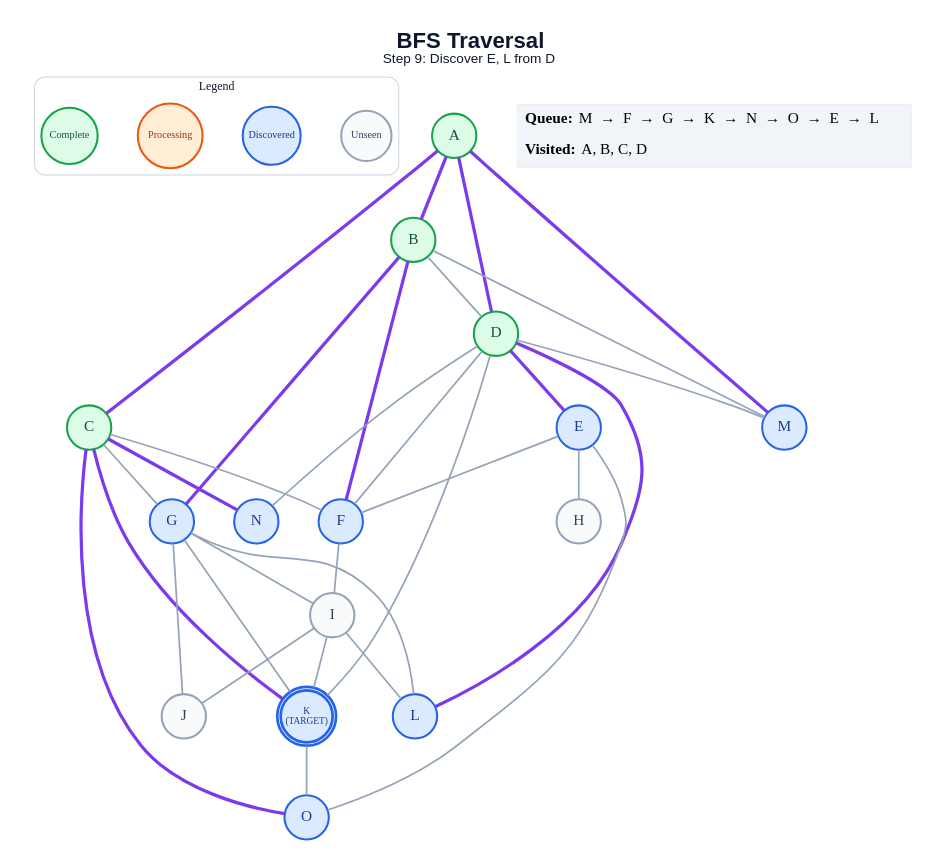
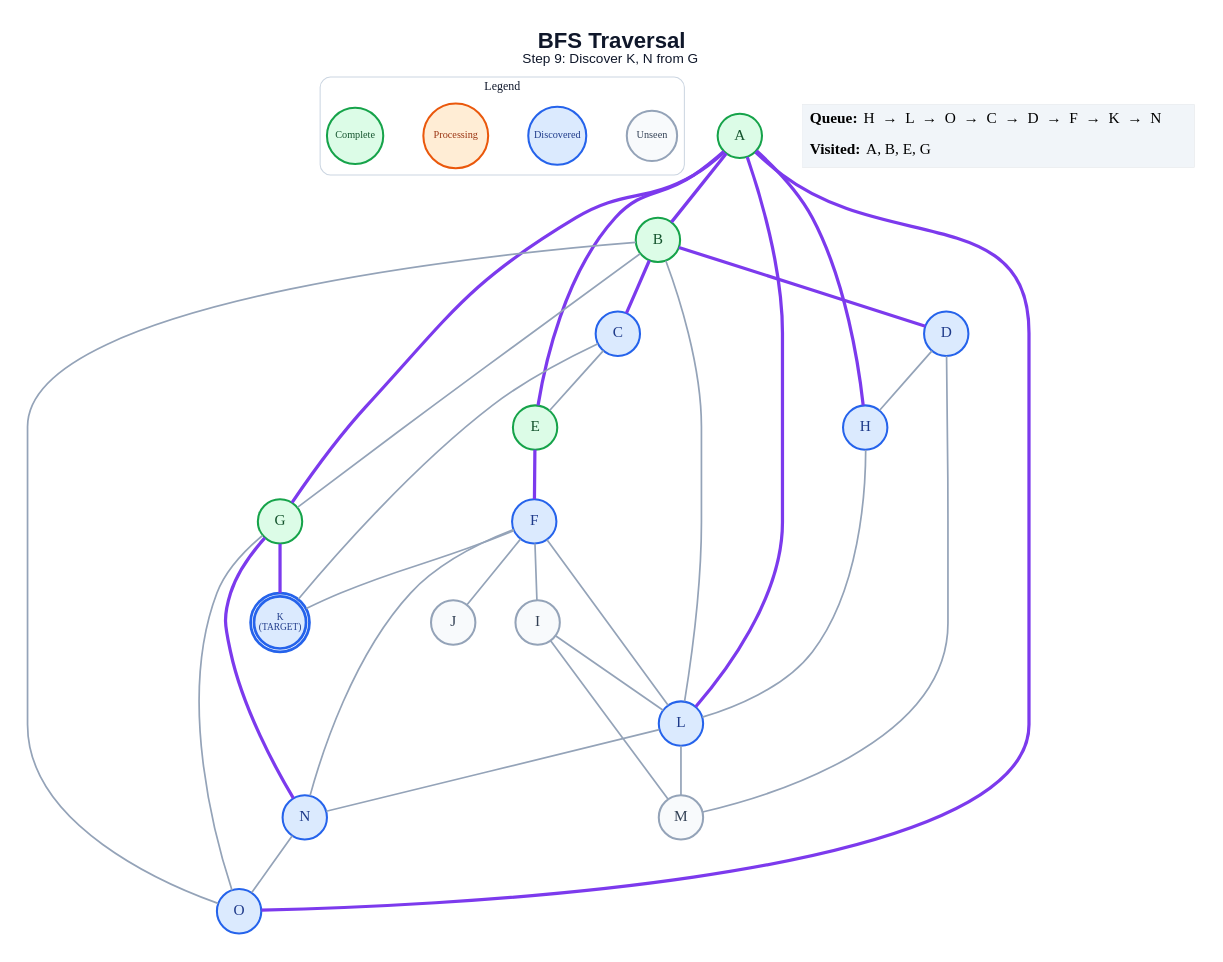
Before and after one commit to anon7238593-create/ai-slop: the diagram in generated/specific-node/bfs/step_09.dot, drawn with Graphviz. The commit also changed 224 other files, not shown here.

```diff
--- a/generated/specific-node/bfs/step_09.dot
+++ b/generated/specific-node/bfs/step_09.dot
@@ -1,65 +1,64 @@
 graph traversal {
   graph [layout=dot, rankdir=TB, bgcolor="#FFFFFF", pad="0.35", nodesep="0.65", ranksep="0.8", fontname="Arial"];
   node [shape=circle, style="filled", fontname="Arial Bold", fontsize=18, width=0.72, fixedsize=true, penwidth=2.4];
   edge [color="#94A3B8", penwidth=2.0];
-  label=<<B>BFS Traversal</B><BR/><FONT POINT-SIZE="16">Step 9: Discover E, L from D</FONT>>; labelloc="t"; fontsize=26; fontname="Arial"; fontcolor="#0F172A";
+  label=<<B>BFS Traversal</B><BR/><FONT POINT-SIZE="16">Step 9: Discover K, N from G</FONT>>; labelloc="t"; fontsize=26; fontname="Arial"; fontcolor="#0F172A";
   subgraph cluster_legend { label="Legend"; color="#CBD5E1"; penwidth=1.2; style="rounded"; fontsize=14; fontname="Arial Bold";
     key_unseen [label="Unseen", fillcolor="#F8FAFC", color="#94A3B8", fontcolor="#334155", fontsize=12, width=0.82];
     key_frontier [label="Discovered", fillcolor="#DBEAFE", color="#2563EB", fontcolor="#1E3A8A", fontsize=12, width=0.95];
     key_current [label="Processing", fillcolor="#FFEDD5", color="#EA580C", fontcolor="#9A3412", fontsize=12, width=1.05];
     key_done [label="Complete", fillcolor="#DCFCE7", color="#16A34A", fontcolor="#14532D", fontsize=12, width=0.92];
     { rank=same; key_unseen; key_frontier; key_current; key_done; }
   }
   A [label="A", fillcolor="#DCFCE7", color="#16A34A", fontcolor="#14532D", peripheries=1, penwidth=2.4];
   B [label="B", fillcolor="#DCFCE7", color="#16A34A", fontcolor="#14532D", peripheries=1, penwidth=2.4];
-  C [label="C", fillcolor="#DCFCE7", color="#16A34A", fontcolor="#14532D", peripheries=1, penwidth=2.4];
-  D [label="D", fillcolor="#DCFCE7", color="#16A34A", fontcolor="#14532D", peripheries=1, penwidth=2.4];
-  E [label="E", fillcolor="#DBEAFE", color="#2563EB", fontcolor="#1E3A8A", peripheries=1, penwidth=2.4];
+  C [label="C", fillcolor="#DBEAFE", color="#2563EB", fontcolor="#1E3A8A", peripheries=1, penwidth=2.4];
+  D [label="D", fillcolor="#DBEAFE", color="#2563EB", fontcolor="#1E3A8A", peripheries=1, penwidth=2.4];
+  E [label="E", fillcolor="#DCFCE7", color="#16A34A", fontcolor="#14532D", peripheries=1, penwidth=2.4];
   F [label="F", fillcolor="#DBEAFE", color="#2563EB", fontcolor="#1E3A8A", peripheries=1, penwidth=2.4];
-  G [label="G", fillcolor="#DBEAFE", color="#2563EB", fontcolor="#1E3A8A", peripheries=1, penwidth=2.4];
-  H [label="H", fillcolor="#F8FAFC", color="#94A3B8", fontcolor="#334155", peripheries=1, penwidth=2.4];
+  G [label="G", fillcolor="#DCFCE7", color="#16A34A", fontcolor="#14532D", peripheries=1, penwidth=2.4];
+  H [label="H", fillcolor="#DBEAFE", color="#2563EB", fontcolor="#1E3A8A", peripheries=1, penwidth=2.4];
   I [label="I", fillcolor="#F8FAFC", color="#94A3B8", fontcolor="#334155", peripheries=1, penwidth=2.4];
   J [label="J", fillcolor="#F8FAFC", color="#94A3B8", fontcolor="#334155", peripheries=1, penwidth=2.4];
   K [label="K\n(TARGET)", fillcolor="#DBEAFE", color="#2563EB", fontcolor="#1E3A8A", peripheries=2, penwidth=3.2, fontsize=11, width=0.85, height=0.85];
   L [label="L", fillcolor="#DBEAFE", color="#2563EB", fontcolor="#1E3A8A", peripheries=1, penwidth=2.4];
-  M [label="M", fillcolor="#DBEAFE", color="#2563EB", fontcolor="#1E3A8A", peripheries=1, penwidth=2.4];
+  M [label="M", fillcolor="#F8FAFC", color="#94A3B8", fontcolor="#334155", peripheries=1, penwidth=2.4];
   N [label="N", fillcolor="#DBEAFE", color="#2563EB", fontcolor="#1E3A8A", peripheries=1, penwidth=2.4];
   O [label="O", fillcolor="#DBEAFE", color="#2563EB", fontcolor="#1E3A8A", peripheries=1, penwidth=2.4];
   A -- B [color="#7C3AED", penwidth=3.8];
-  A -- C [color="#7C3AED", penwidth=3.8];
-  A -- D [color="#7C3AED", penwidth=3.8];
-  A -- M [color="#7C3AED", penwidth=3.8];
-  B -- D;
-  B -- F [color="#7C3AED", penwidth=3.8];
-  B -- G [color="#7C3AED", penwidth=3.8];
-  B -- M;
-  C -- F;
-  C -- G;
-  C -- K [color="#7C3AED", penwidth=3.8];
-  C -- N [color="#7C3AED", penwidth=3.8];
-  C -- O [color="#7C3AED", penwidth=3.8];
-  D -- E [color="#7C3AED", penwidth=3.8];
-  D -- F;
-  D -- K;
-  D -- L [color="#7C3AED", penwidth=3.8];
+  A -- E [color="#7C3AED", penwidth=3.8];
+  A -- G [color="#7C3AED", penwidth=3.8];
+  A -- H [color="#7C3AED", penwidth=3.8];
+  A -- L [color="#7C3AED", penwidth=3.8];
+  A -- O [color="#7C3AED", penwidth=3.8];
+  B -- C [color="#7C3AED", penwidth=3.8];
+  B -- D [color="#7C3AED", penwidth=3.8];
+  B -- G;
+  B -- L;
+  B -- O;
+  C -- E;
+  C -- K;
+  D -- H;
   D -- M;
-  D -- N;
-  E -- F;
-  E -- H;
-  E -- O;
+  E -- F [color="#7C3AED", penwidth=3.8];
   F -- I;
-  G -- I;
-  G -- J;
-  G -- K;
-  G -- L;
-  I -- J;
-  I -- K;
+  F -- J;
+  F -- K;
+  F -- L;
+  F -- N;
+  G -- K [color="#7C3AED", penwidth=3.8];
+  G -- N [color="#7C3AED", penwidth=3.8];
+  G -- O;
+  H -- L;
   I -- L;
-  K -- O;
+  I -- M;
+  L -- M;
+  L -- N;
+  N -- O;
   status [shape=plain, fixedsize=false, width=0, height=0, margin=0, label=<
     <TABLE BORDER="0" CELLBORDER="0" CELLPADDING="7" BGCOLOR="#F1F5F9">
-      <TR><TD ALIGN="LEFT"><B>Queue:</B> M  →  F  →  G  →  K  →  N  →  O  →  E  →  L</TD></TR>
-      <TR><TD ALIGN="LEFT"><B>Visited:</B> A, B, C, D</TD></TR>
+      <TR><TD ALIGN="LEFT"><B>Queue:</B> H  →  L  →  O  →  C  →  D  →  F  →  K  →  N</TD></TR>
+      <TR><TD ALIGN="LEFT"><B>Visited:</B> A, B, E, G</TD></TR>
     </TABLE>
   >];
 }
```
